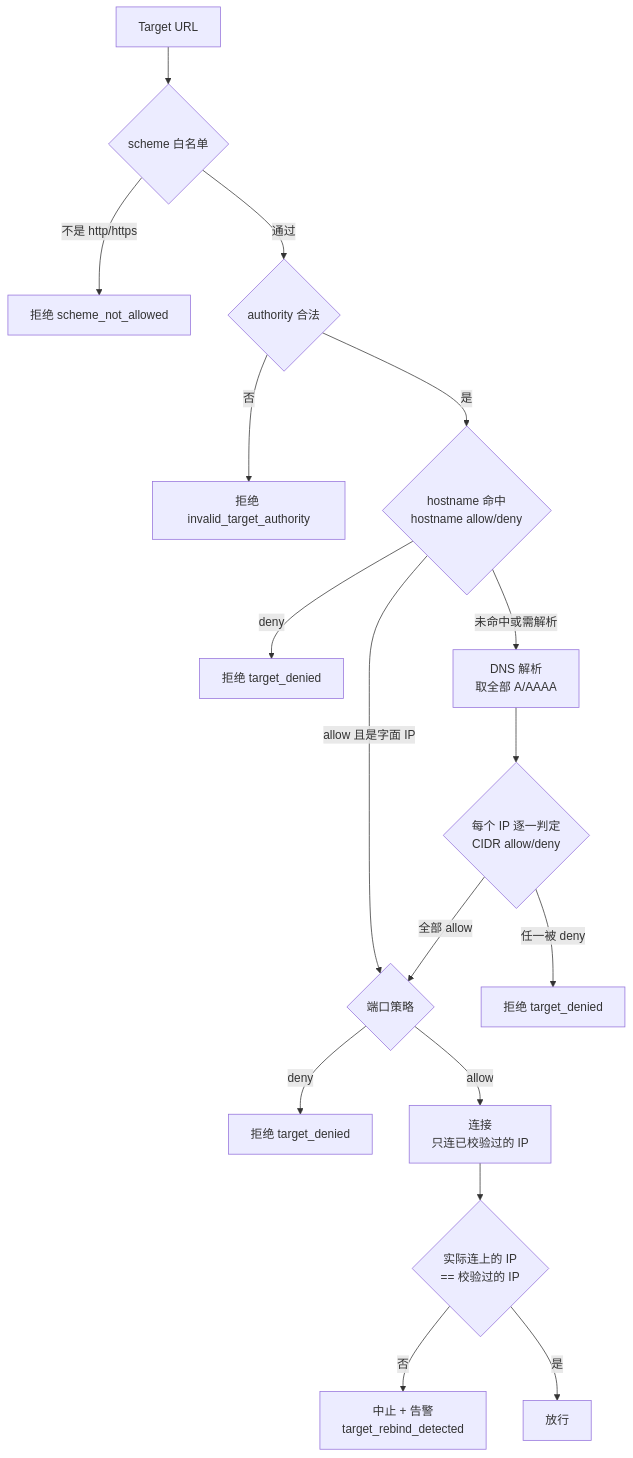
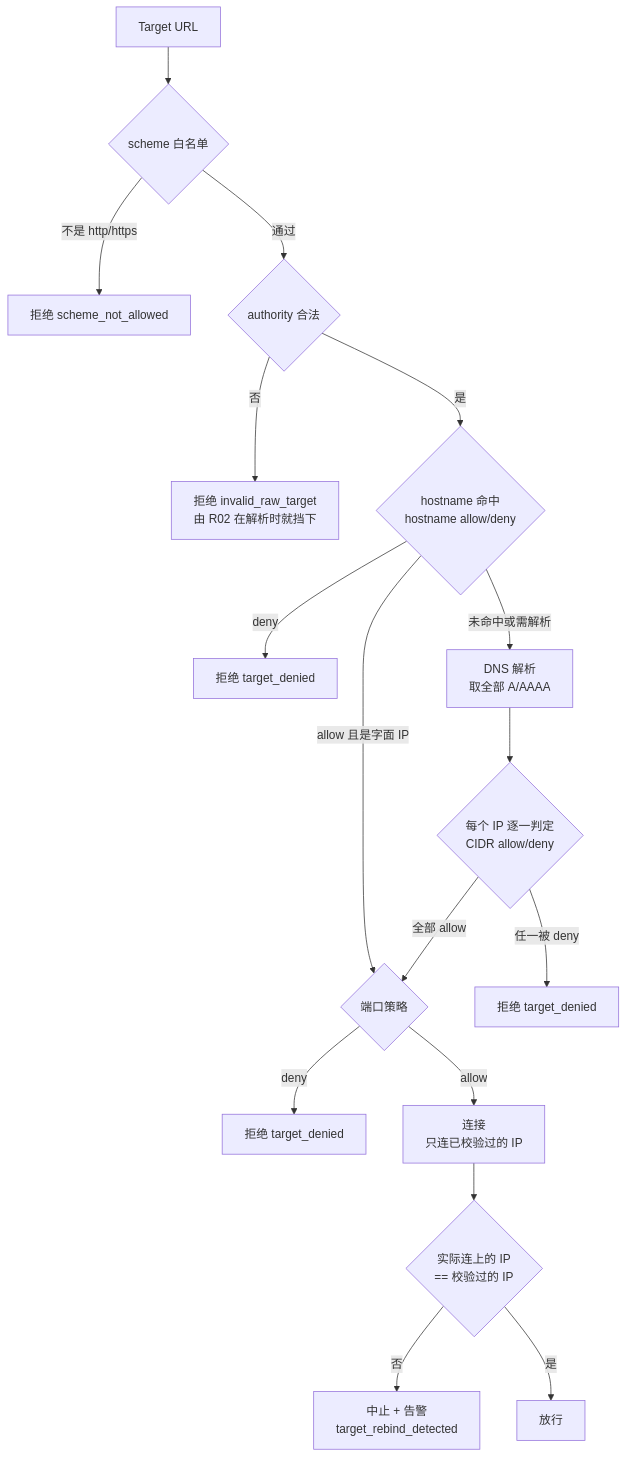
Before and after one commit to pmnmq/argus: the diagram in docs/13-ssrf-protection.md, drawn with Mermaid. The commit also changed other lines of this file, not shown here.

````diff
--- a/docs/13-ssrf-protection.md
+++ b/docs/13-ssrf-protection.md
@@ -48,19 +48,19 @@
 ```mermaid
 flowchart TD
     U[Target URL] --> S{scheme 白名单}
     S -->|不是 http/https| D1[拒绝 scheme_not_allowed]
     S -->|通过| H{authority 合法}
-    H -->|否| D2[拒绝 invalid_target_authority]
+    H -->|否| D2[拒绝 invalid_raw_target<br/>由 R02 在解析时就挡下]
     H -->|是| L{hostname 命中<br/>hostname allow/deny}
     L -->|deny| D3[拒绝 target_denied]
     L -->|allow 且是字面 IP| P
     L -->|未命中或需解析| R[DNS 解析<br/>取全部 A/AAAA]
     R --> IP{每个 IP 逐一判定<br/>CIDR allow/deny}
     IP -->|任一被 deny| D4[拒绝 target_denied]
     IP -->|全部 allow| P{端口策略}
     P -->|deny| D5[拒绝 target_denied]
     P -->|allow| C[连接<br/>只连已校验过的 IP]
     C --> V{实际连上的 IP<br/>== 校验过的 IP}
     V -->|否| D6[中止 + 告警<br/>target_rebind_detected]
     V -->|是| OK[放行]
 ```
````
